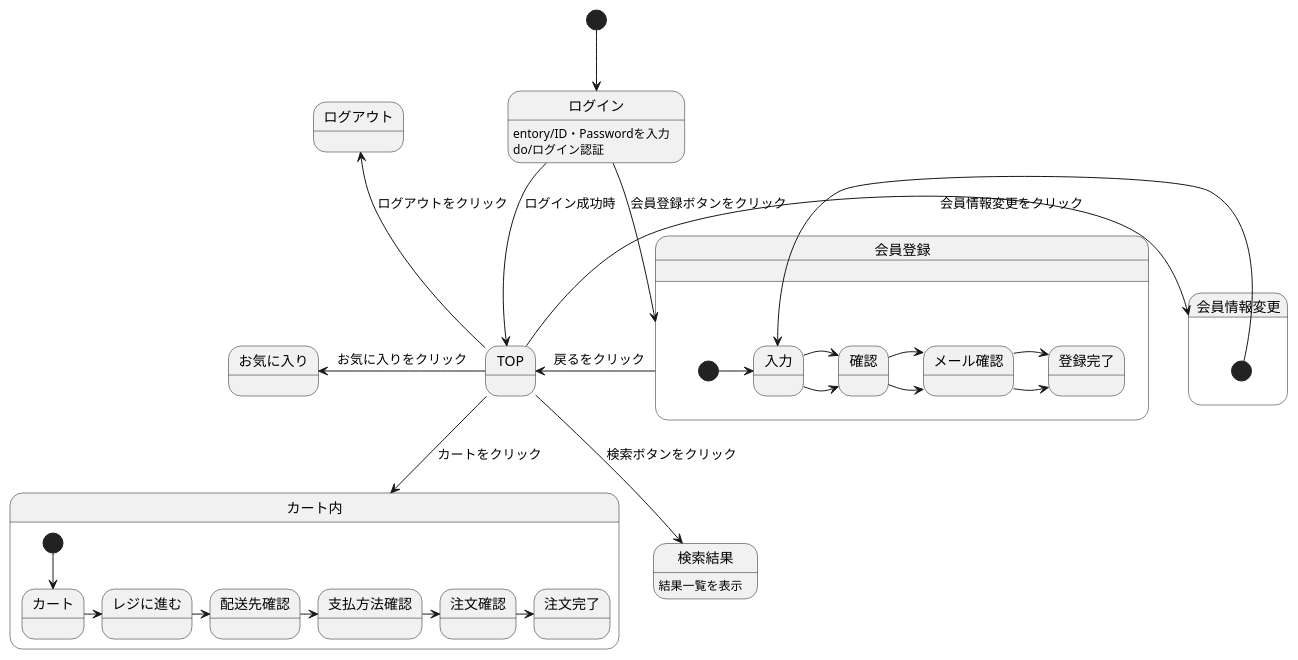
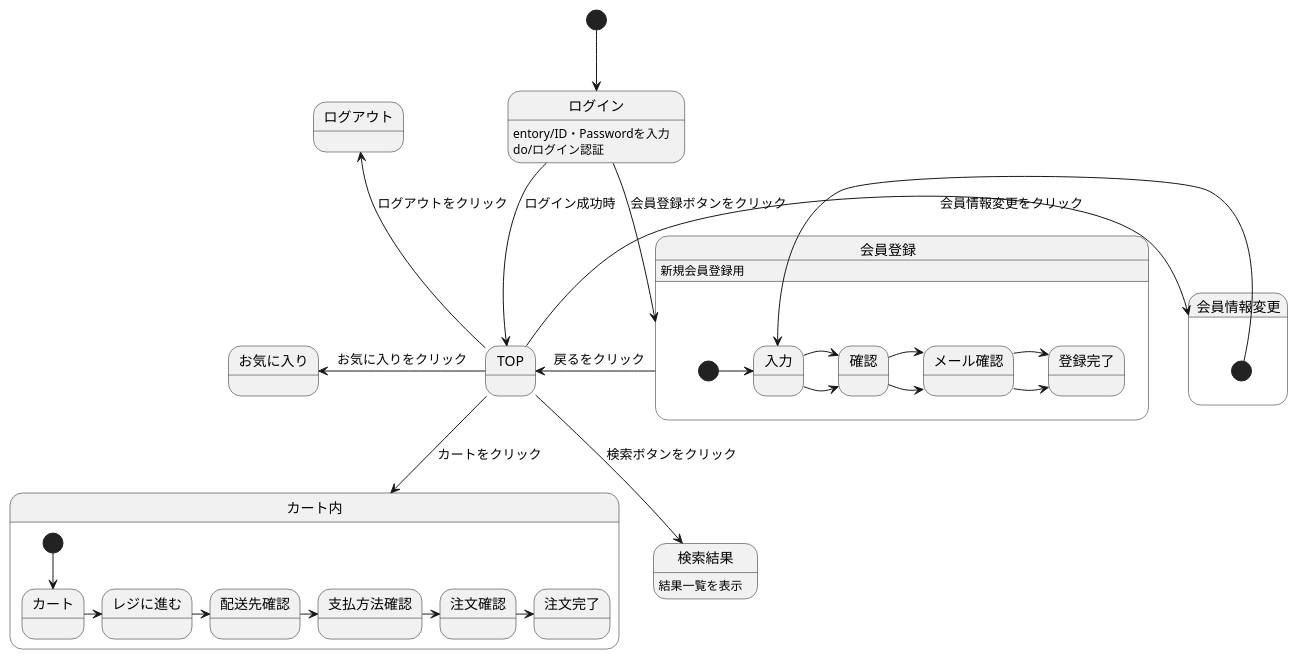
The diagram in チーム開発/画面遷移.md (Aso2101121/2021sys-design-2), drawn with PlantUML before and after one commit.

````diff
--- a/チーム開発/画面遷移.md
+++ b/チーム開発/画面遷移.md
@@ -1,42 +1,42 @@
 ```uml
 @startuml
 [*]      -down->   ログイン 
-ログイン  -left->   会員登録: 会員登録ボタンをクリック
-会員登録: 
+ログイン  -right->   会員登録: 会員登録ボタンをクリック
+会員登録: 新規会員登録用
 ログイン  -down->   TOP: ログイン成功時
 ログイン: entory/ID・Passwordを入力
 ログイン: do/ログイン認証
 TOP      -right->   会員情報変更: 会員情報変更をクリック
 会員登録  ->       TOP: 戻るをクリック
 TOP       -down->  カート内: カートをクリック
 TOP       -up->    ログアウト: ログアウトをクリック
 TOP       -left->  お気に入り: お気に入りをクリック
 TOP     -down->    検索結果: 検索ボタンをクリック
 検索結果: 結果一覧を表示
 
 
 state 会員登録{
  [*]     ->  入力
  入力     ->  確認
  確認     ->  メール確認
  メール確認 -> 登録完了
 }
 
 state 会員情報変更{
  [*]     ->  入力
  入力     ->  確認
  確認     ->  メール確認
  メール確認 -> 登録完了
 }
 
 state カート内{
  [*]    -->    カート
  カート  ->    レジに進む
  レジに進む  ->  配送先確認
  配送先確認 ->   支払方法確認
  支払方法確認 -> 注文確認
  注文確認 ->  注文完了
 }
 
 @enduml
 ```
````
